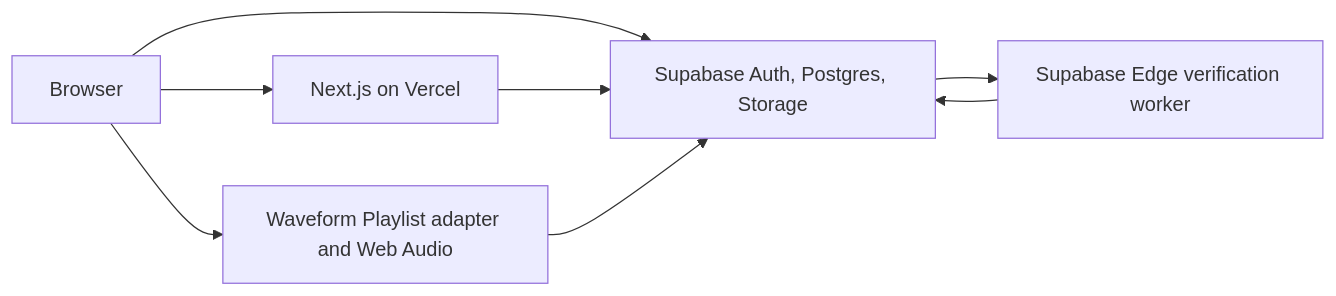
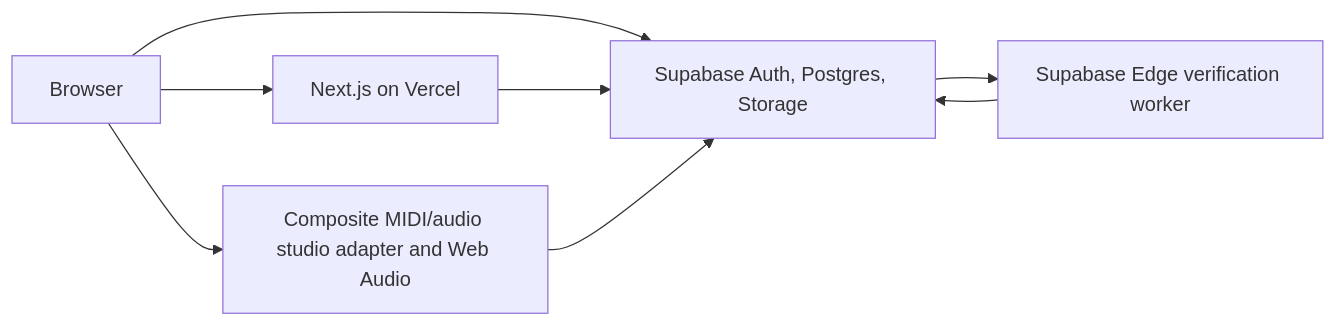
Before and after one commit to DBordeleau/OpenMIDI: the diagram in docs/technical-design/01-system-architecture.md, drawn with Mermaid. The commit also changed other lines of this file and 25 other files, not shown here.

````diff
--- a/docs/technical-design/01-system-architecture.md
+++ b/docs/technical-design/01-system-architecture.md
@@ -13,10 +13,10 @@
 ```mermaid
 flowchart LR
   U["Browser"] --> N["Next.js on Vercel"]
   U --> S["Supabase Auth, Postgres, Storage"]
   N --> S
-  U --> O["Waveform Playlist adapter and Web Audio"]
+  U --> O["Composite MIDI/audio studio adapter and Web Audio"]
   O --> S
   S --> E["Supabase Edge verification worker"]
   E --> S
 ```
````
